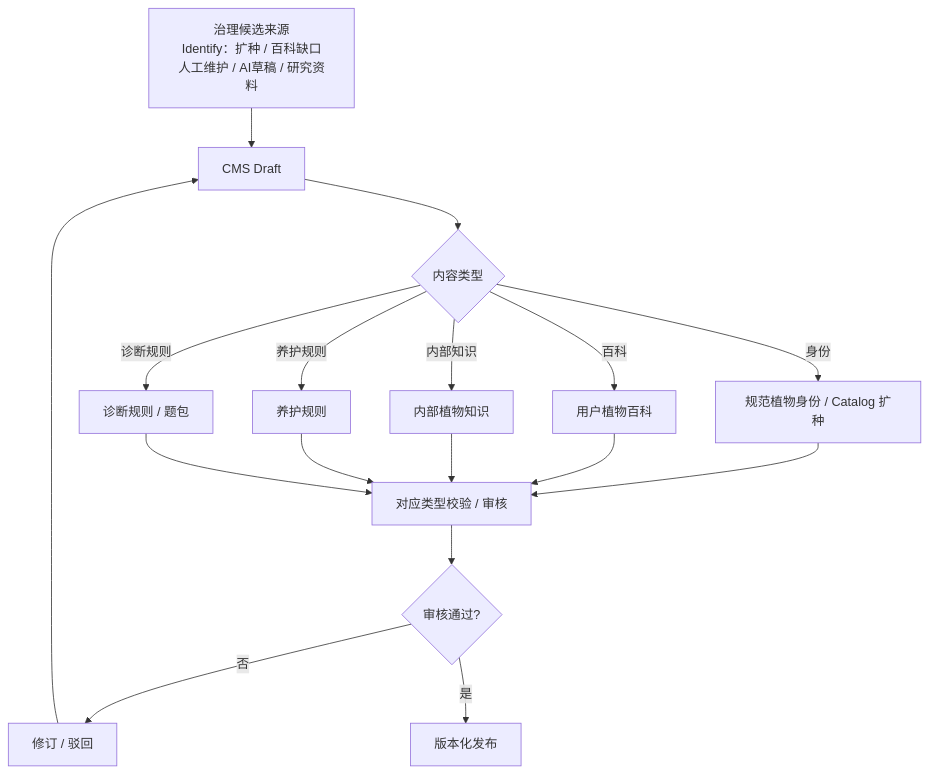
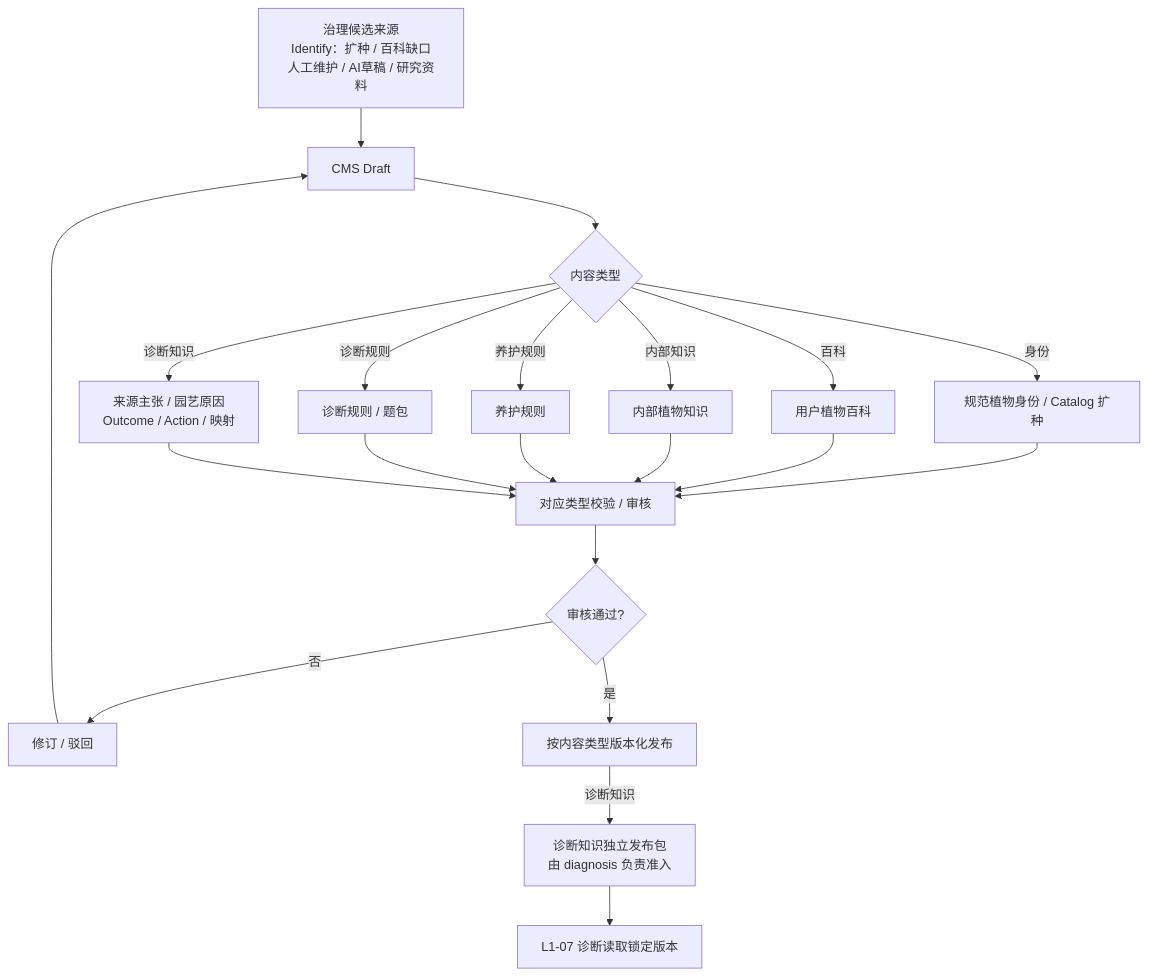
Before and after one commit to dang0705/planting: diagram 19 of 22 in docs/backend-v2/architecture/business-domain-layers.md, drawn with Mermaid. The commit also changed other lines of this file and 9 other files, not shown here.

````diff
--- a/docs/backend-v2/architecture/business-domain-layers.md
+++ b/docs/backend-v2/architecture/business-domain-layers.md
@@ -645,32 +686,39 @@
 ```mermaid
 flowchart TB
   source["治理候选来源<br/>Identify：扩种 / 百科缺口<br/>人工维护 / AI草稿 / 研究资料"]
   draft["CMS Draft"]
   type{"内容类型"}
   identity["规范植物身份 / Catalog 扩种"]
   ency["用户植物百科"]
   knowledge["内部植物知识"]
   care["养护规则"]
   diag["诊断规则 / 题包"]
+  diagknowledge["来源主张 / 园艺原因<br/>Outcome / Action / 映射"]
   validation["对应类型校验 / 审核"]
   review{"审核通过?"}
   revision["修订 / 驳回"]
-  publish["版本化发布"]
+  publish["按内容类型版本化发布"]
+  diagRelease["诊断知识独立发布包<br/>由 diagnosis 负责准入"]
+  diagnosis["L1-07 诊断读取锁定版本"]
 
   source --> draft
   draft --> type
   type -->|身份| identity
   type -->|百科| ency
   type -->|内部知识| knowledge
   type -->|养护规则| care
   type -->|诊断规则| diag
+  type -->|诊断知识| diagknowledge
   identity --> validation
   ency --> validation
   knowledge --> validation
   care --> validation
   diag --> validation
+  diagknowledge --> validation
   validation --> review
   review -->|否| revision
   review -->|是| publish
   revision --> draft
+  publish -->|诊断知识| diagRelease
+  diagRelease --> diagnosis
 ```
````
